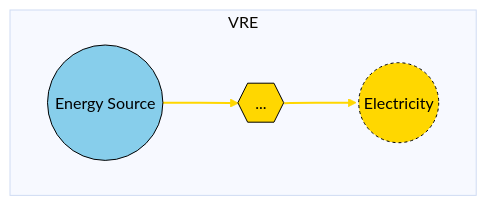
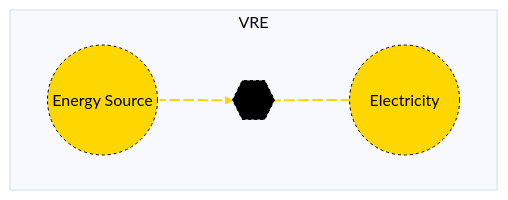
The diagram in docs/src/Manual/assets/vre.md (openmod-tracker/MacroEnergy.jl), drawn with Mermaid before and after one commit. The commit also changed other lines of this file and 14 other files, not shown here.

````diff
--- a/docs/src/Manual/assets/vre.md
+++ b/docs/src/Manual/assets/vre.md
@@ -20,13 +20,16 @@
 ```mermaid
 %%{init: {'theme': 'base', 'themeVariables': { 'background': '#D1EBDE' }}}%%
 flowchart LR
   subgraph VRE
   direction LR
-  A((Energy Source)) e1@--> B{{...}}
+  A((Energy Source)) e1@--> B{{..}}
   B e2@--> C((Electricity))
+  e1@{ animate: true }
+  e2@{ animate: true }
  end
-    style A fill:#87CEEB,stroke:black,color:black;
-    style B fill:#FFD700,stroke:black,color:black;
-    style C r:40,fill:#FFD700,stroke:black,color:black,stroke-dasharray: 3,5;
-    linkStyle 0,1 stroke:#FFD700, stroke-width: 2px;
+    style A r:55px,fill:#FFD700,stroke:black,color:black,stroke-dasharray: 3,5;
+    style B r:55px,fill:black,stroke:black,color:black,stroke-dasharray: 3,5;
+    style C r:55px,fill:#FFD700,stroke:black,color:black,stroke-dasharray: 3,5;
+    linkStyle 0 stroke:#FFD700, stroke-width: 2px;
+    linkStyle 1 stroke:#FFD700, stroke-width: 2px;
 ```
````
